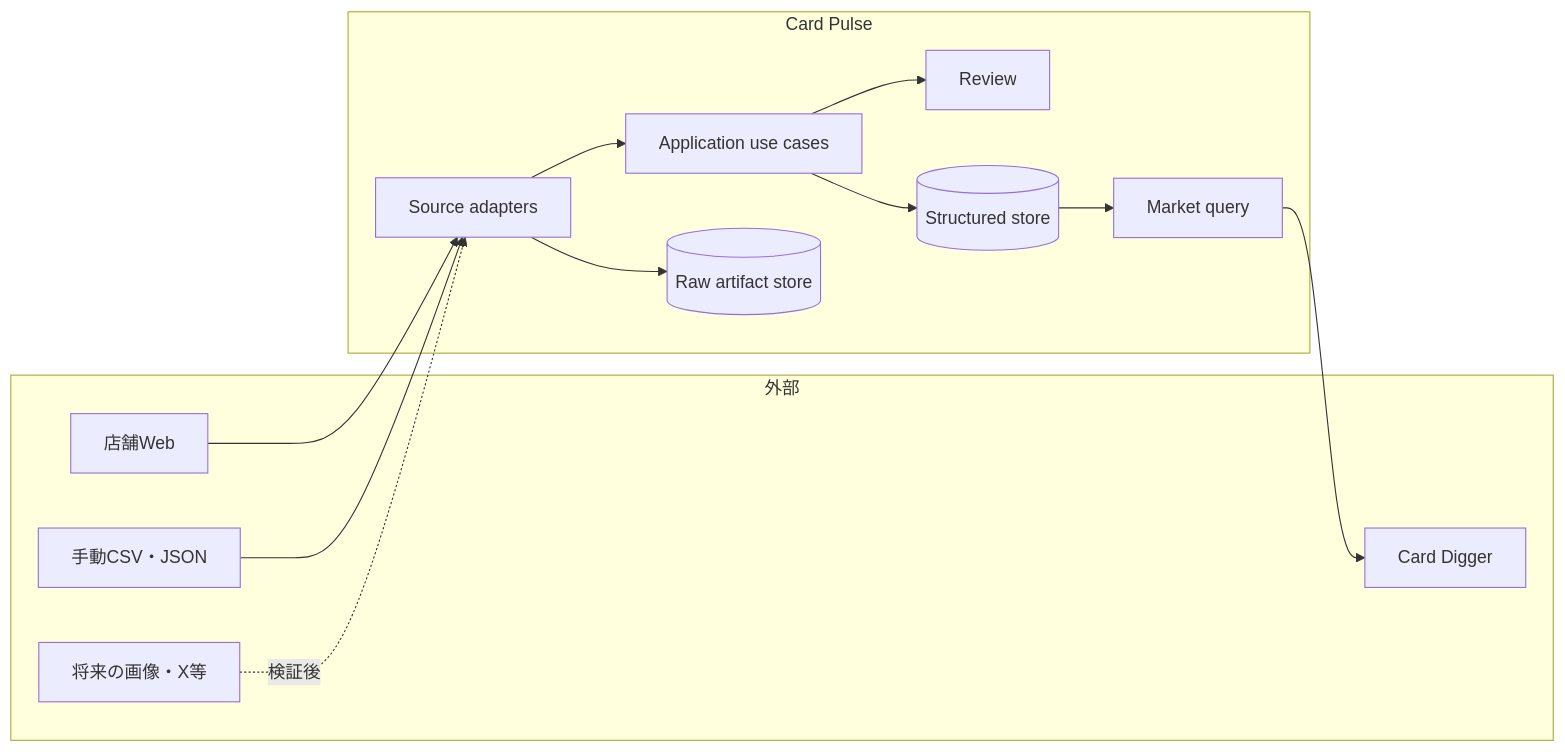
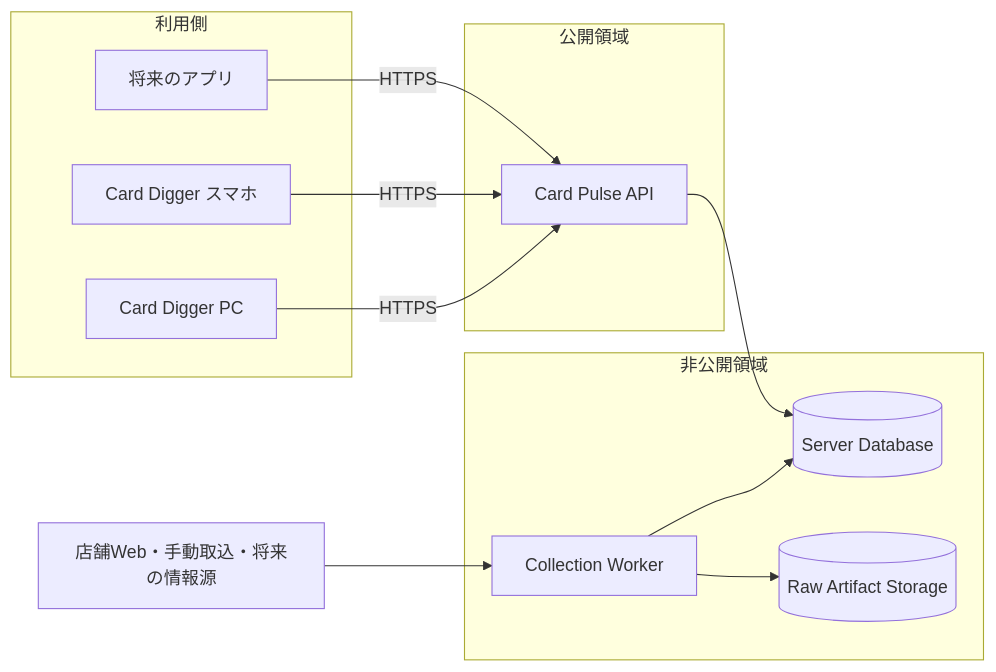
The first of 3 diagrams in docs/architecture/overview.md (mgmaru/card-pulse), drawn with Mermaid before and after one commit. The commit also changed other lines of this file and 20 other files, not shown here.

Commit message:
docs: define server architecture and database evaluation

````diff
--- a/docs/architecture/overview.md
+++ b/docs/architecture/overview.md
@@ -11,28 +11,26 @@
 ```mermaid
 flowchart LR
-    subgraph External[外部]
-        W[店舗Web]
-        M[手動CSV・JSON]
-        X[将来の画像・X等]
-        D[Card Digger]
+    subgraph Clients[利用側]
+        PC[Card Digger PC]
+        Mobile[Card Digger スマホ]
+        Other[将来のアプリ]
     end
 
-    subgraph Pulse[Card Pulse]
-        S[Source adapters]
-        A[Application use cases]
-        R[Review]
-        Q[Market query]
-        P[(Structured store)]
-        F[(Raw artifact store)]
+    subgraph Public[公開領域]
+        API[Card Pulse API]
     end
 
-    W --> S
-    M --> S
-    X -. 検証後 .-> S
-    S --> F
-    S --> A
-    A --> R
-    A --> P
-    P --> Q
-    Q --> D
+    subgraph Private[非公開領域]
+        Worker[Collection Worker]
+        DB[(Server Database)]
+        Artifacts[(Raw Artifact Storage)]
+    end
+
+    Sources[店舗Web・手動取込・将来の情報源] --> Worker
+    Worker --> Artifacts
+    Worker --> DB
+    PC -->|HTTPS| API
+    Mobile -->|HTTPS| API
+    Other -->|HTTPS| API
+    API --> DB
 ```
````
